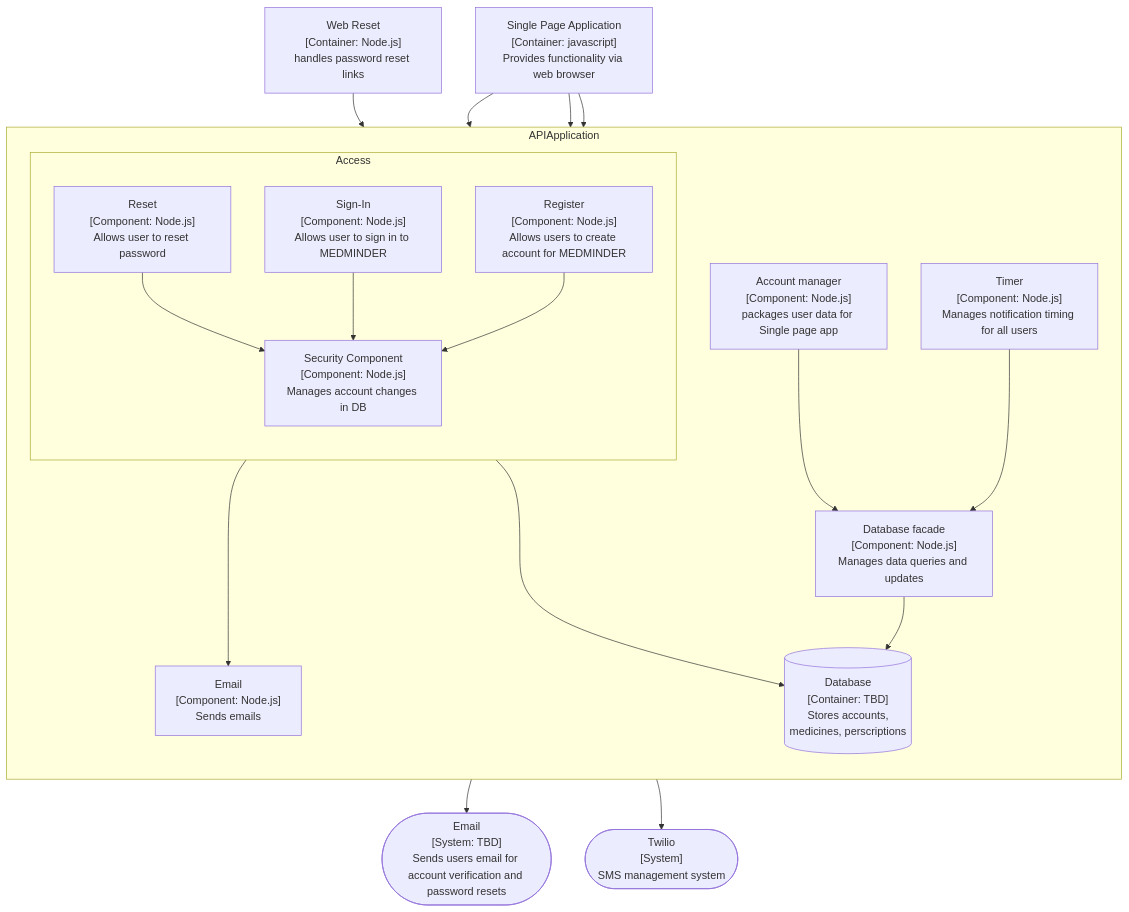
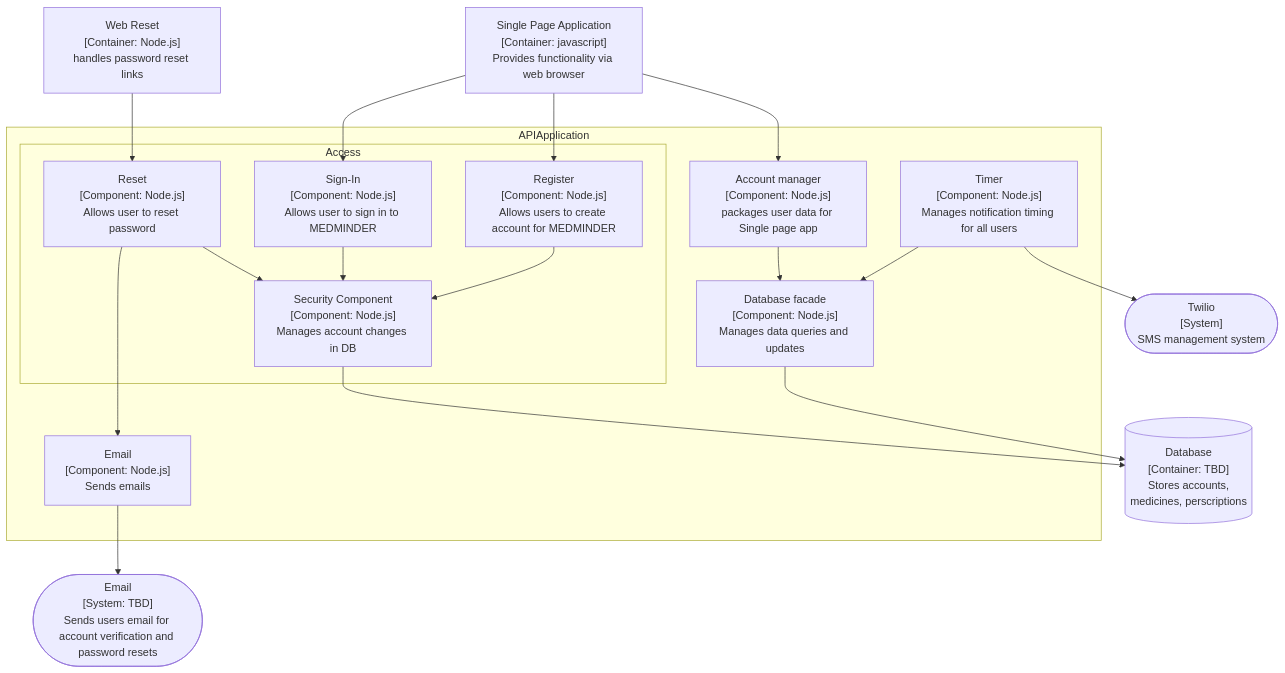
One commit to nop0x0f/COSC412_team1 changed the fifth of 7 diagrams in design/C4diagrams.md. Above: the diagram before and after it, drawn with Mermaid. The commit also changed other lines of this file, not shown here.

````diff
--- a/design/C4diagrams.md
+++ b/design/C4diagrams.md
@@ -107,36 +104,34 @@
 ```mermaid
 flowchart TB
 reset["Web Reset<br/>[Container: Node.js]<br/>handles password reset links"]
 Email(["Email<br/>[System: TBD]<br/>Sends users email for account verification and password resets"])
 Twilio(["Twilio<br/>[System]<br/>SMS management system"])
 single["Single Page Application<br/>[Container: javascript]<br/>Provides functionality via web browser"]
 db[("Database<br/>[Container: TBD]<br/>Stores accounts,<br/>medicines, perscriptions")]
   subgraph APIApplication
-	direction TB
 	Time["Timer<br/>[Component: Node.js]<br/>Manages notification timing for all users"]
 	Account["Account manager<br/>[Component: Node.js]<br/>packages user data for Single page app"]
 	Dbfacade["Database facade<br/>[Component: Node.js]<br/>Manages data queries and updates"]
 	subgraph Access
-		direction TB
 		Signin["Sign-In<br/>[Component: Node.js]<br/>Allows user to sign in to MEDMINDER"]
 		Signup["Register<br/>[Component: Node.js]<br/>Allows users to create account for MEDMINDER"]
 		Reset["Reset<br/>[Component: Node.js]<br/>Allows user to reset password"]
 		Security["Security Component<br/>[Component: Node.js]<br/>Manages account changes in DB"]
 		Reset --> Security
 		Signin --> Security
 		Signup --> Security
 	end
 	mail["Email<br/>[Component: Node.js]<br/>Sends emails"]
 	Reset ---> mail
 	Account --> Dbfacade
-	Security --> db
-	Dbfacade --> db
   end
+Security --> db
+Dbfacade --> db
 mail --> Email
 Time --> Twilio
 Time --> Dbfacade
 single --> Signin
 reset --> Reset
 single --> Signup
 single --> Account
 ```
````
